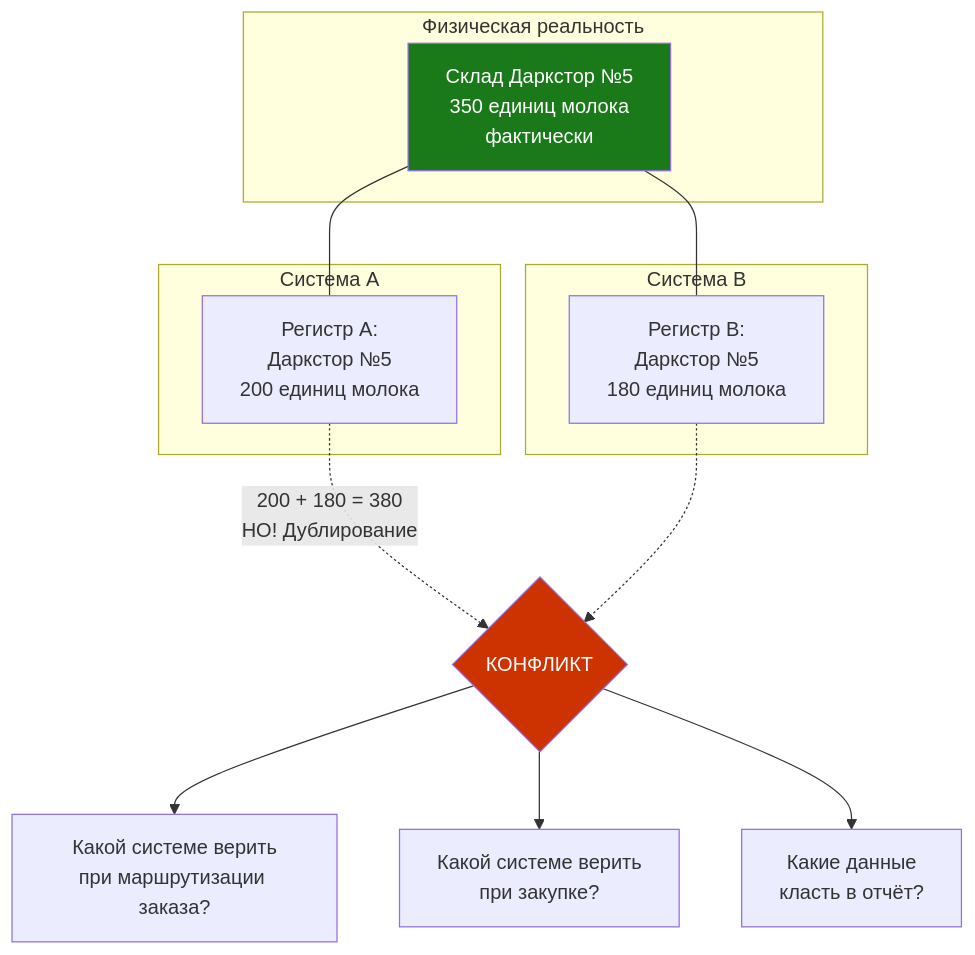
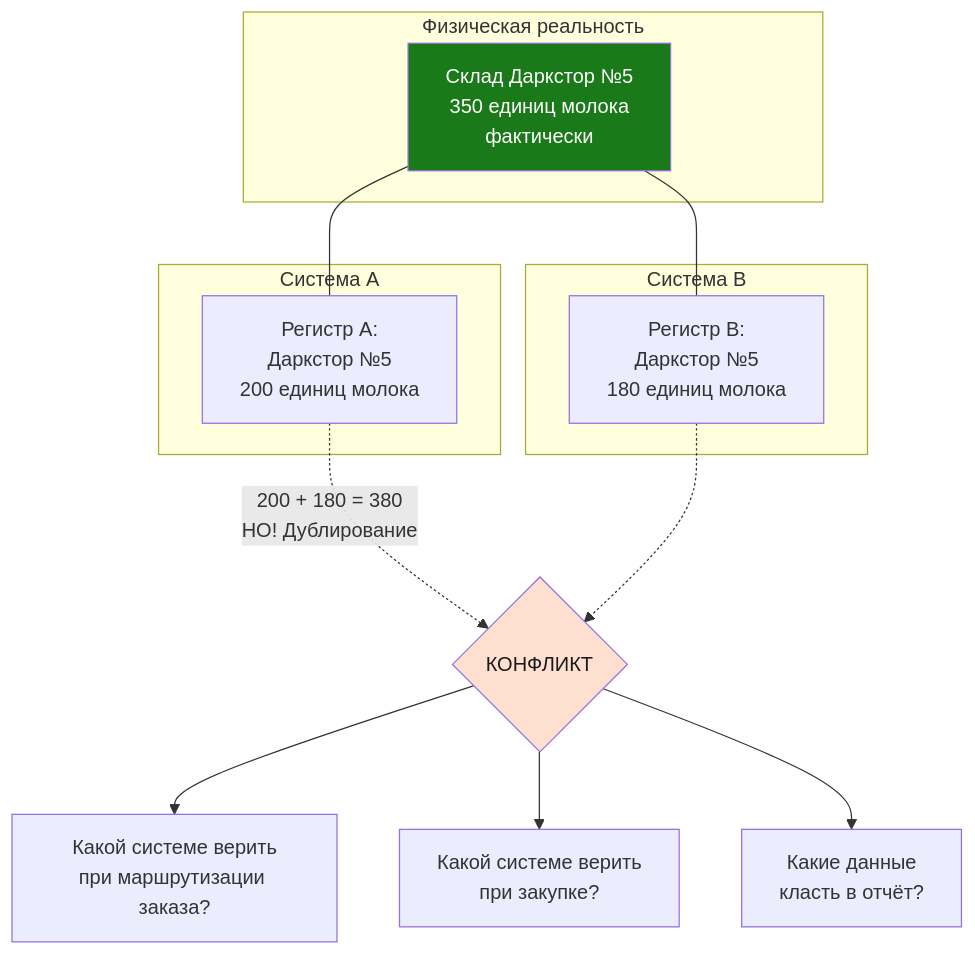
The fourth of 11 diagrams in content/1c-erp/week_7/Неделя 7 - День 7 - История Delivery Club.md (murad1986/1c-erp-quartz), drawn with Mermaid before and after one commit. The commit also changed other lines of this file and 57 other files, not shown here.

First line of the commit message:
fix: Mermaid — пастельные цвета в источниках диаграмм (56 файлов)

````diff
--- a/content/1c-erp/week_7/Неделя 7 - День 7 - История Delivery Club.md
+++ b/content/1c-erp/week_7/Неделя 7 - День 7 - История Delivery Club.md
@@ -212,25 +212,25 @@
 ```mermaid
 graph TD
     subgraph Физическая реальность
         W[Склад Даркстор №5<br/>350 единиц молока<br/>фактически]
     end
 
     subgraph Система A
         RA[Регистр A:<br/>Даркстор №5<br/>200 единиц молока]
     end
 
     subgraph Система B
         RB[Регистр B:<br/>Даркстор №5<br/>180 единиц молока]
     end
 
     W --- RA
     W --- RB
     RA -.->|200 + 180 = 380<br/>НО! Дублирование| Conflict{КОНФЛИКТ}
     RB -.-> Conflict
     Conflict --> Q1[Какой системе верить<br/>при маршрутизации заказа?]
     Conflict --> Q2[Какой системе верить<br/>при закупке?]
     Conflict --> Q3[Какие данные<br/>класть в отчёт?]
 
-    style Conflict fill:#cc3300,color:#fff
+    style Conflict fill:#ffe0d0,color:#1a1a1a
     style W fill:#1a7a1a,color:#fff
 ```
````
